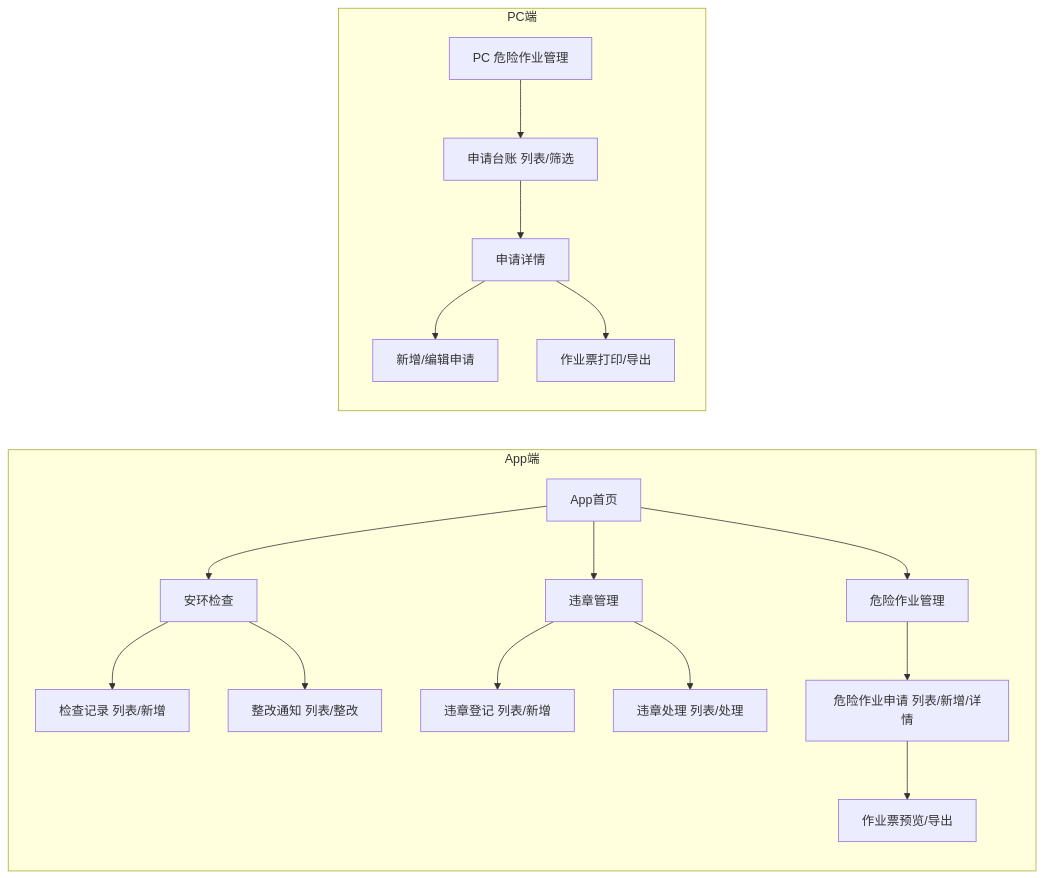
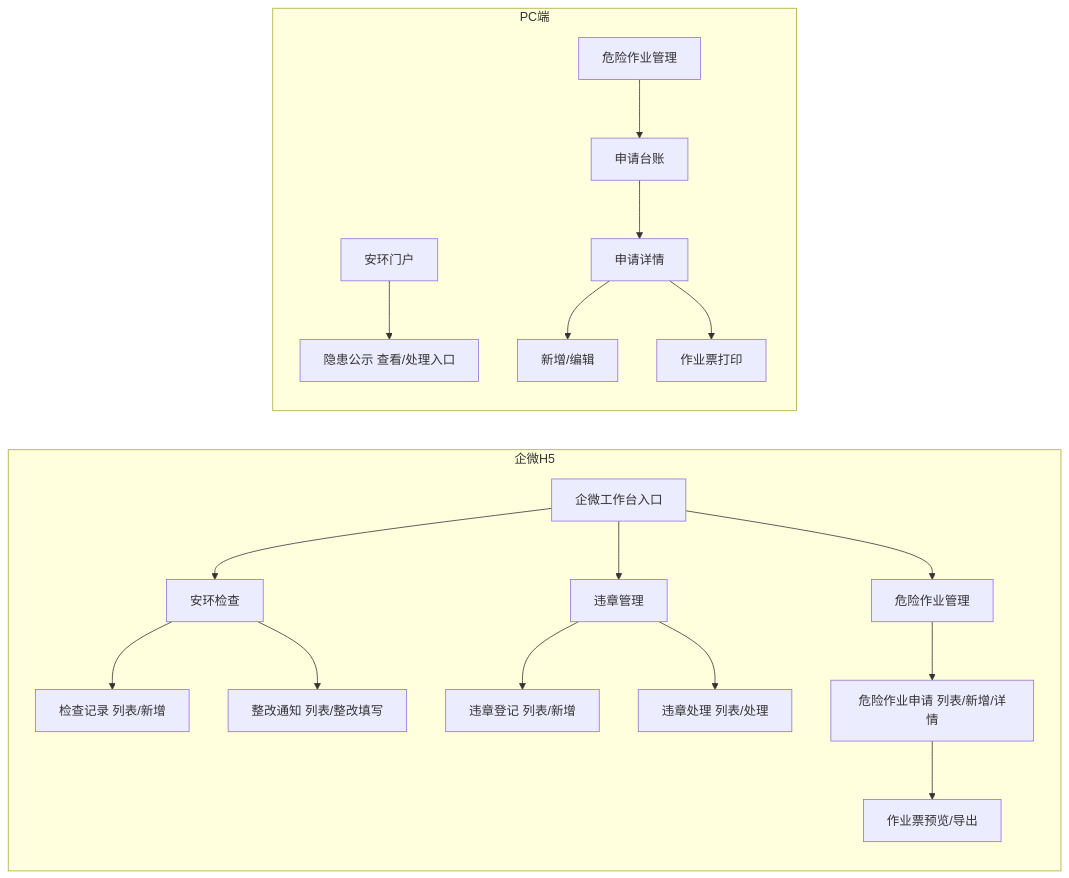
Before and after one commit to liaoliao66/SES: the fifth of 10 diagrams in docs/versions/v1.0.0/prd.md, drawn with Mermaid. The commit also changed other lines of this file, not shown here.

Commit message:
docs: 按 rulese 规范重写 v1.0.0 PRD（企微H5形态并剥离平台公共能力）

````diff
--- a/docs/versions/v1.0.0/prd.md
+++ b/docs/versions/v1.0.0/prd.md
@@ -134,20 +257,21 @@
 ```mermaid
 flowchart LR
-  subgraph App端
-    Home[App首页] --> Check[安环检查]
-    Home --> Violation[违章管理]
-    Home --> Permits[危险作业管理]
+  subgraph 企微H5
+    WX[企微工作台入口] --> Check[安环检查]
+    WX --> Violation[违章管理]
+    WX --> Permits[危险作业管理]
     Check --> Rec[检查记录 列表/新增]
-    Check --> Rect[整改通知 列表/整改]
+    Check --> Rect[整改通知 列表/整改填写]
     Violation --> VReg[违章登记 列表/新增]
     Violation --> VHandle[违章处理 列表/处理]
     Permits --> WP[危险作业申请 列表/新增/详情]
     WP --> WPTicket[作业票预览/导出]
   end
   subgraph PC端
-    PCHome[PC 危险作业管理] --> PCList[申请台账 列表/筛选]
+    PCPortal[安环门户] --> HazOp[隐患公示 查看/处理入口]
+    PCHome[危险作业管理] --> PCList[申请台账]
     PCList --> PCDetail[申请详情]
-    PCDetail --> PCForm[新增/编辑申请]
-    PCDetail --> PCTicket[作业票打印/导出]
+    PCDetail --> PCForm[新增/编辑]
+    PCDetail --> PCTicket[作业票打印]
   end
 ```
````
